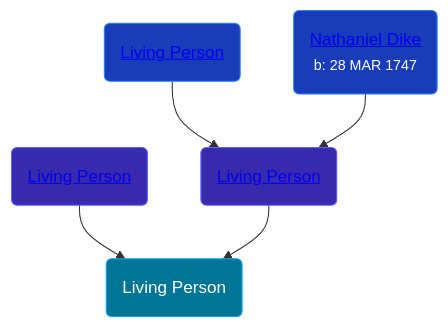
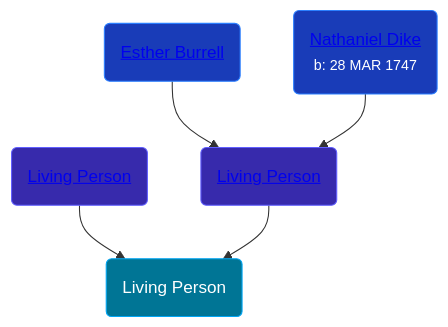
Before and after one commit to wpmgotkh/wpmgotkh.github.io: the diagram in pages/people/9/99016950.md, drawn with Mermaid. The commit also changed 586 other files, not shown here.

Commit message:
feat: better shouldConsiderPersonLiving algo

````diff
--- a/pages/people/9/99016950.md
+++ b/pages/people/9/99016950.md
@@ -10,11 +10,11 @@
 ```mermaid
 graph
 classDef grands fill:#193cb8,stroke:#2b7fff,stroke-width:1px,color:#fff;
 classDef parents fill:#372aac,stroke:#615fff,stroke-width:1px,color:#fff;
 classDef primary fill:#007595,stroke:#00a6f4,stroke-width:1px,color:#fff;
 99016950(Living Person):::primary
 42020904(<a class="text-white" href="/people/4/42020904">Living Person</a>):::parents-->99016950
 3859108(<a class="text-white" href="/people/3/3859108">Living Person</a>):::parents-->99016950
-66432130(<a class="text-white" href="/people/6/66432130">Living Person</a>):::grands-->3859108
+66432130(<a class="text-white" href="/people/6/66432130">Esther Burrell</a>):::grands-->3859108
 36914917(<a class="text-white" href="/people/3/36914917">Nathaniel Dike</a><br /><small>b: 28 MAR 1747</small>):::grands-->3859108
 ```
````
